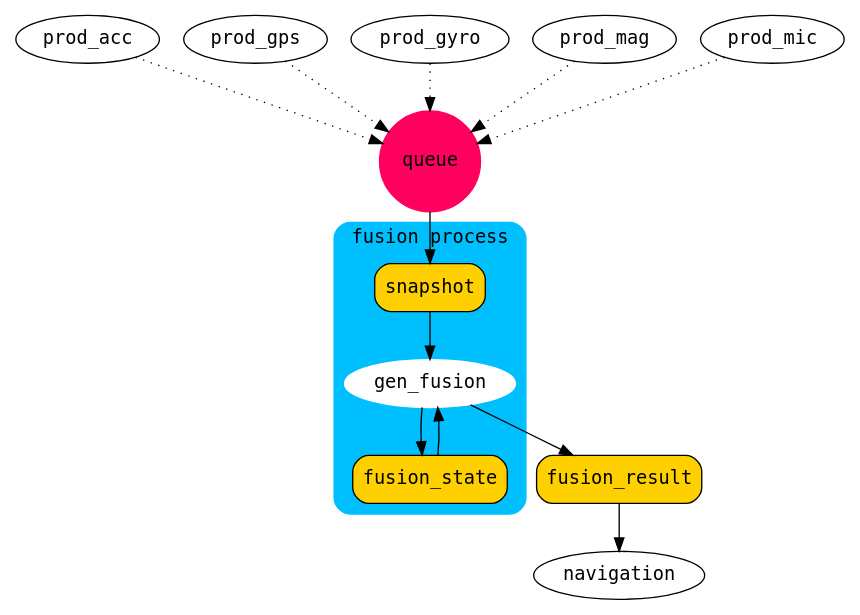
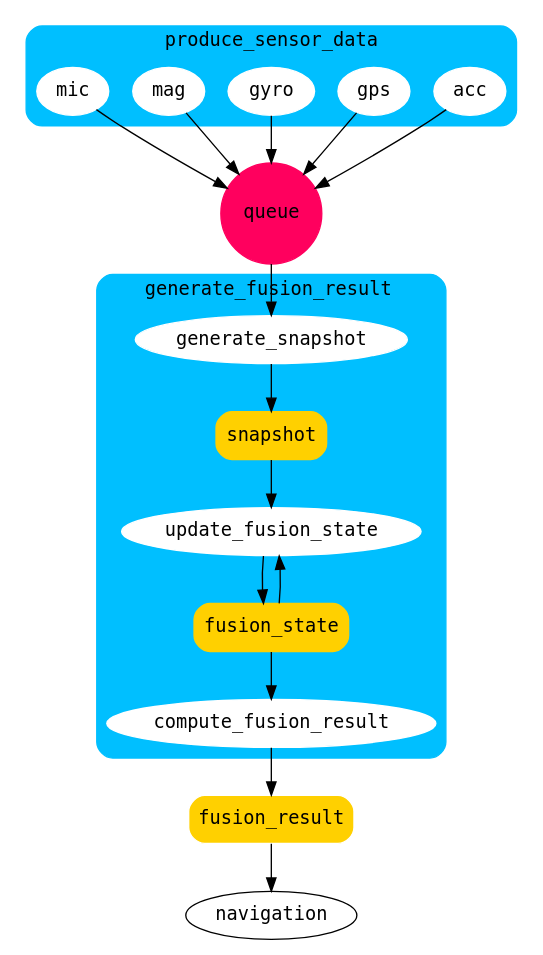
The diagram in whereToGo/doc/continuous_fusion.dot (k323r/whereToGo), drawn with Graphviz before and after one commit. The commit also changed 5 other files, not shown here.

Commit message:
Finished refactoring generate_fusion_result. Including documentation.

```diff
--- a/whereToGo/doc/continuous_fusion.dot
+++ b/whereToGo/doc/continuous_fusion.dot
@@ -1,41 +1,61 @@
 // rendering:
 // dot -Tpdf continuous_fusion.dot -o continuous_fusion.pdf
 
 digraph continuous_fusion {
 
     node [fontname="dejavu sans mono"]
 
-    // multiple raw data streams
-    prod_acc
-    prod_gps
-    prod_gyro
-    prod_mag
-    prod_mic
-
     // data structure / os utility / array of memory
     queue [shape="circle" color="#ff005e" fillcolor="#ff005e" style="filled"] //  width="1" heigth="1" fixedsize="true"
 
-    {prod_acc prod_gps prod_gyro prod_mag prod_mic} -> queue [style=dotted]
+    subgraph cluster_sensor_processes {
+        style = "filled,rounded"
+        color = "deepskyblue"
+        label = "produce_sensor_data"
+        fontname = "dejavu sans mono"
+
+        // multiple raw data streams
+        acc [style=filled,color=white]
+        gps [style=filled,color=white]
+        gyro [style=filled,color=white]
+        mag [style=filled,color=white]
+        mic [style=filled,color=white]
+    }
+
+    {acc gps gyro mag mic} -> queue //[style=dotted]
 
     subgraph cluster_fusion_process {
         style = "filled,rounded"
         color = "deepskyblue"
-        label = "fusion process"
+        label = "generate_fusion_result \l"
+
         fontname = "dejavu sans mono"
 
         // process / generator ==> iterable
-        gen_fusion [style=filled,color=white]
+        generate_snapshot [style=filled,color=white]
+        update_fusion_state [style=filled,color=white]
+        compute_fusion_result [style=filled,color=white]
 
         // data / single memory address / structured? pointer?
-        node [shape="box" fillcolor="#ffd000" style="filled,rounded"]
+        node [shape="box" fillcolor="#ffd000" color="#ffd000" style="filled,rounded"]
         snapshot
         fusion_state
 
-        snapshot -> gen_fusion
-        fusion_state -> gen_fusion -> fusion_state
+        snapshot
+            -> update_fusion_state 
+            -> fusion_state 
+            -> update_fusion_state
+        
+        fusion_state -> compute_fusion_result
     }
 
-    queue -> snapshot
-    fusion_result [shape="box" fillcolor="#ffd000" style="filled,rounded"]
-    gen_fusion -> fusion_result -> navigation
+    // fusion_process -> generate_snapshot [color=deepskyblue]
+//    fusion_process [label="fusion" color=white style=filled]
+//    queue -> fusion_process -> generate_snapshot -> snapshot
+    queue -> generate_snapshot -> snapshot
+
+//    snapshot -> queue
+//    queue -> snapshot
+    fusion_result [shape="box" color="white" fillcolor="#ffd000" style="filled,rounded"]
+    compute_fusion_result -> fusion_result -> navigation
 }
```
